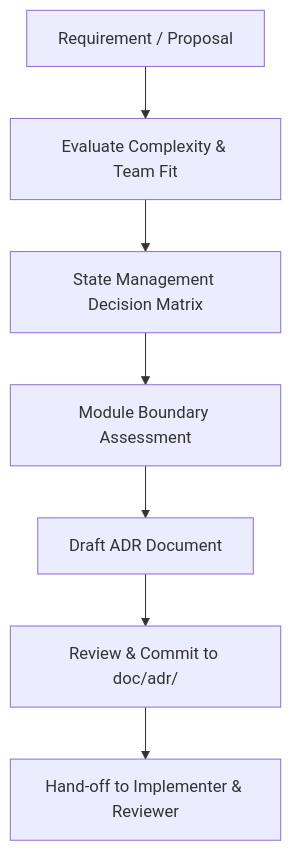
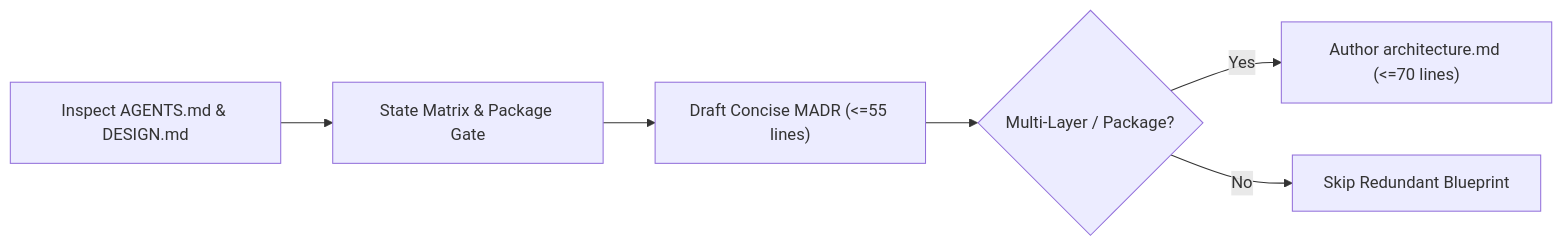
One commit to jggomez/expert-ai-developer-skills changed the diagram in skills/flutter-architecture-decisions/SKILL.md. Above: the diagram before and after it, drawn with Mermaid. The commit also changed other lines of this file and 78 other files, not shown here.

````diff
--- a/skills/flutter-architecture-decisions/SKILL.md
+++ b/skills/flutter-architecture-decisions/SKILL.md
@@ -26,9 +22,8 @@
 ```mermaid
-flowchart TD
-    A[Requirement / Proposal] --> B[Evaluate Complexity & Team Fit]
-    B --> C[State Management Decision Matrix]
-    C --> D[Module Boundary Assessment]
-    D --> E[Draft ADR Document]
-    E --> F[Review & Commit to doc/adr/]
-    F --> G[Hand-off to Implementer & Reviewer]
+flowchart LR
+    A["Inspect AGENTS.md & DESIGN.md"] --> B["State Matrix & Package Gate"]
+    B --> C["Draft Concise MADR (<=55 lines)"]
+    C --> D{"Multi-Layer / Package?"}
+    D -->|"Yes"| E["Author architecture.md (<=70 lines)"]
+    D -->|"No"| F["Skip Redundant Blueprint"]
 ```
````
